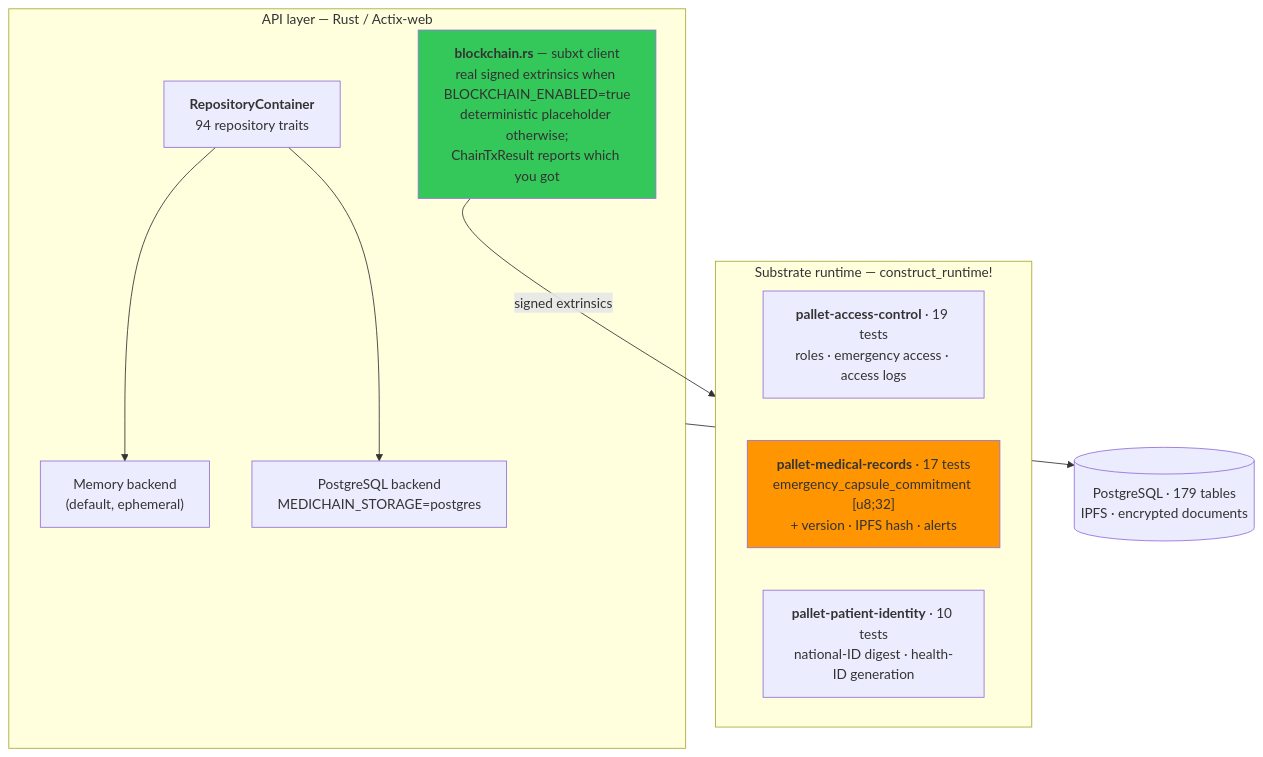
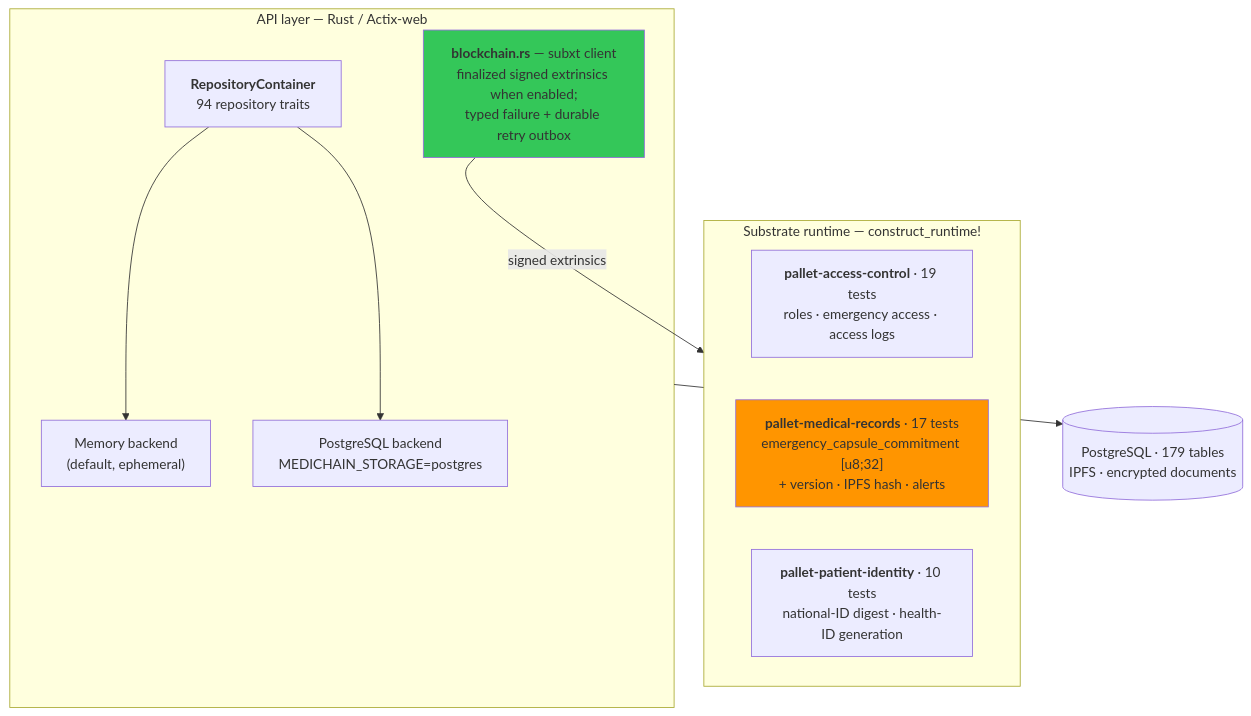
The diagram in docs/HYBRID_ARCHITECTURE_RESEARCH.md (Lukau-Tech-Invasion/medichain), drawn with Mermaid before and after one commit. The commit also changed other lines of this file and 16 other files, not shown here.

````diff
--- a/docs/HYBRID_ARCHITECTURE_RESEARCH.md
+++ b/docs/HYBRID_ARCHITECTURE_RESEARCH.md
@@ -66,23 +66,23 @@
 ```mermaid
 graph TB
     subgraph runtime["Substrate runtime — construct_runtime!"]
         AC["<b>pallet-access-control</b> · 19 tests<br/>roles · emergency access · access logs"]
         MR["<b>pallet-medical-records</b> · 17 tests<br/>emergency_capsule_commitment [u8;32]<br/>+ version · IPFS hash · alerts"]
         PI["<b>pallet-patient-identity</b> · 10 tests<br/>national-ID digest · health-ID generation"]
     end
 
     subgraph api["API layer — Rust / Actix-web"]
-        BC["<b>blockchain.rs</b> — subxt client<br/>real signed extrinsics when BLOCKCHAIN_ENABLED=true<br/>deterministic placeholder otherwise;<br/>ChainTxResult reports which you got"]
+        BC["<b>blockchain.rs</b> — subxt client<br/>finalized signed extrinsics when enabled;<br/>typed failure + durable retry outbox"]
         RC["<b>RepositoryContainer</b><br/>94 repository traits"]
         MEMB["Memory backend<br/>(default, ephemeral)"]
         PGB["PostgreSQL backend<br/>MEDICHAIN_STORAGE=postgres"]
         RC --> MEMB
         RC --> PGB
     end
 
     BC -->|"signed extrinsics"| runtime
     api --> DATA[("PostgreSQL · 179 tables<br/>IPFS · encrypted documents")]
 
     style MR fill:#FF9500
     style BC fill:#34C759
 ```
````
